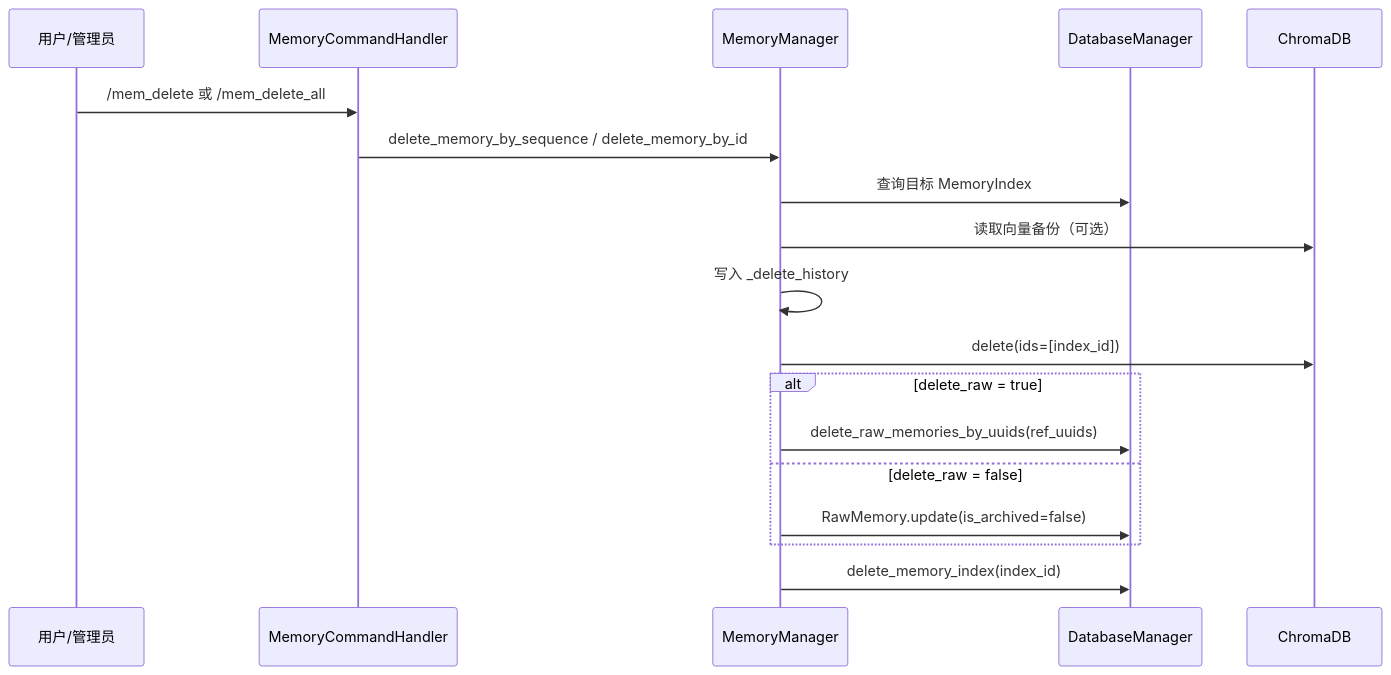
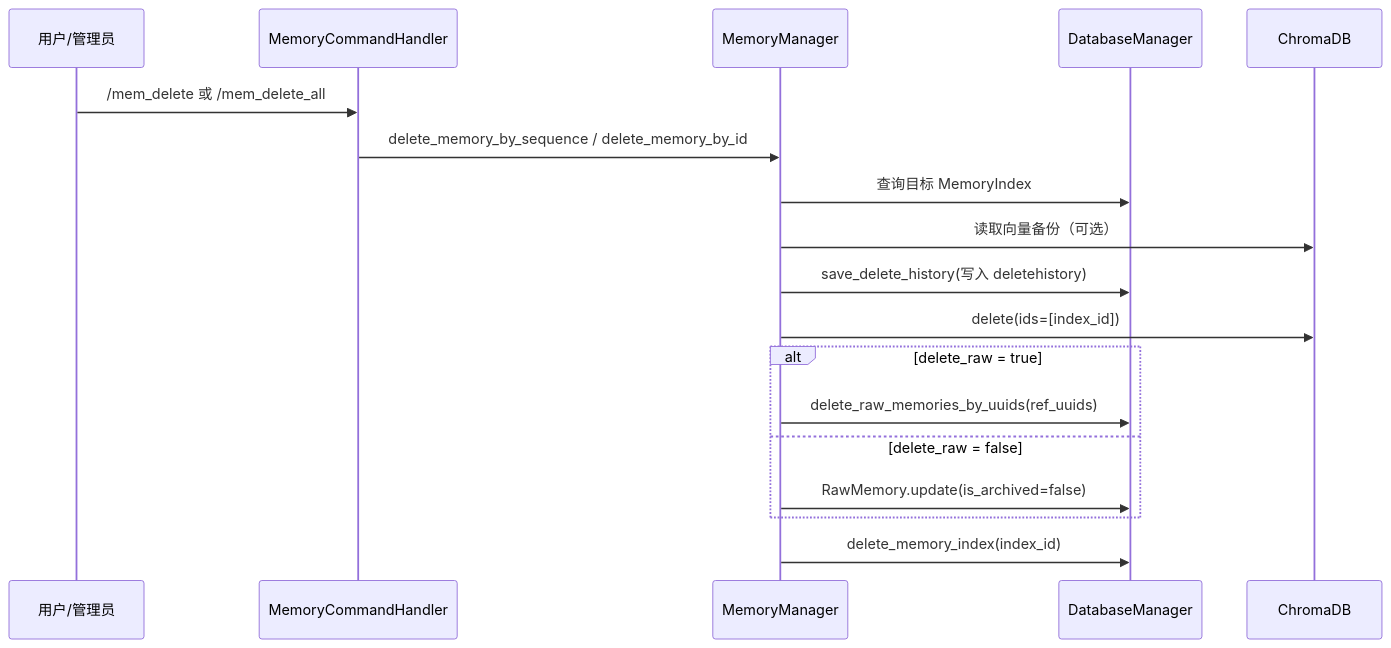
The tenth of 15 diagrams in docs/主流程时序文档.md (victical/astrbot_plugin_engram), drawn with Mermaid before and after one commit. The commit also changed other lines of this file and 16 other files, not shown here.

````diff
--- a/docs/主流程时序文档.md
+++ b/docs/主流程时序文档.md
@@ -391,21 +391,21 @@
 ```mermaid
 sequenceDiagram
     participant User as 用户/管理员
     participant Handler as MemoryCommandHandler
     participant MM as MemoryManager
     participant DB as DatabaseManager
     participant Chroma as ChromaDB
 
     User->>Handler: /mem_delete 或 /mem_delete_all
     Handler->>MM: delete_memory_by_sequence / delete_memory_by_id
     MM->>DB: 查询目标 MemoryIndex
     MM->>Chroma: 读取向量备份（可选）
-    MM->>MM: 写入 _delete_history
+    MM->>DB: save_delete_history(写入 deletehistory)
     MM->>Chroma: delete(ids=[index_id])
     alt delete_raw = true
         MM->>DB: delete_raw_memories_by_uuids(ref_uuids)
     else delete_raw = false
         MM->>DB: RawMemory.update(is_archived=false)
     end
     MM->>DB: delete_memory_index(index_id)
 ```
````
